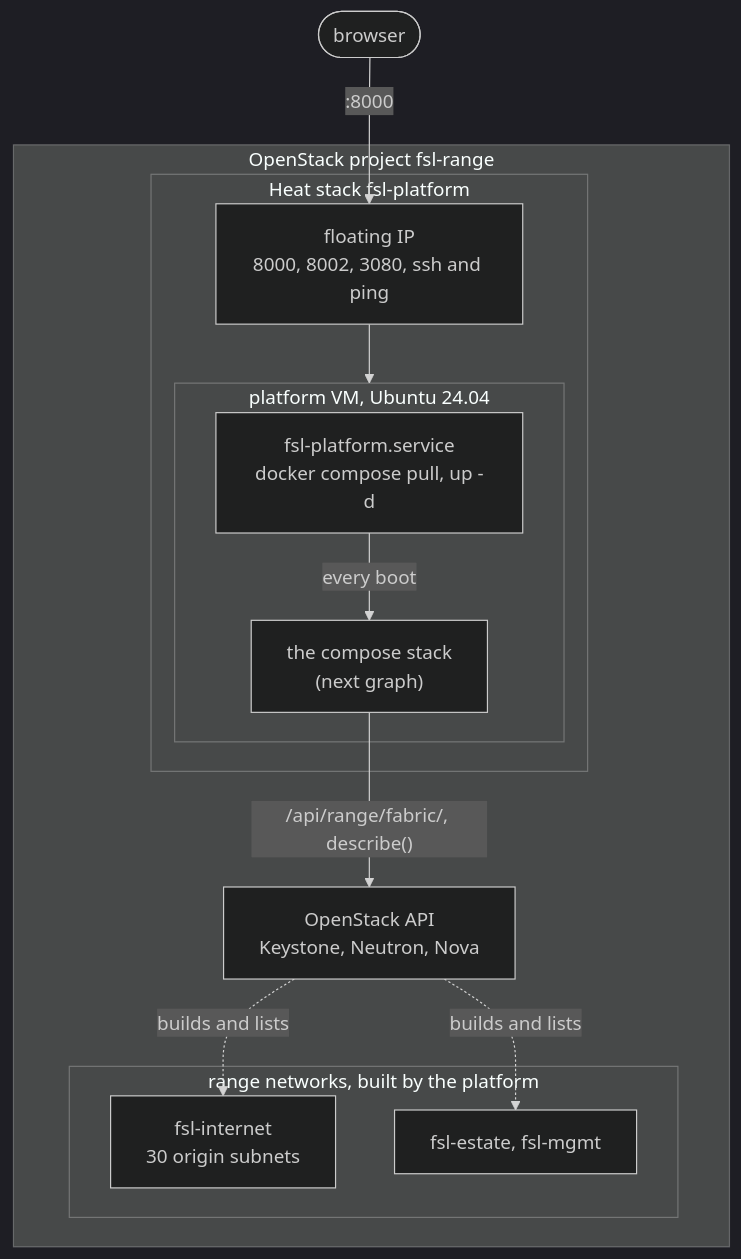
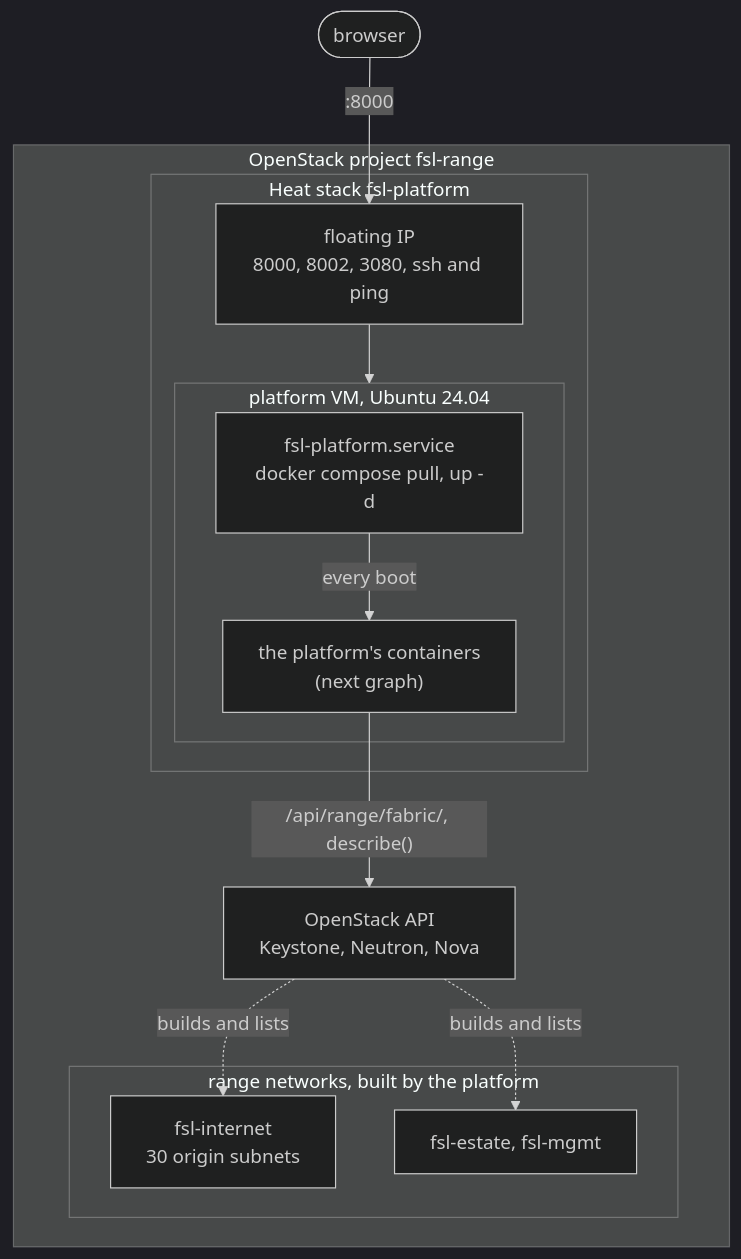
The first of 2 diagrams in README.md (Nekonic/fsl-project-mvp), drawn with Mermaid (dark theme) before and after one commit. The commit also changed other lines of this file and 4 other files, not shown here.

````diff
--- a/README.md
+++ b/README.md
@@ -29,26 +241,26 @@
 ```mermaid
 flowchart TB
   person(["browser"])
 
   subgraph cloud["OpenStack project fsl-range"]
     api["OpenStack API<br/>Keystone, Neutron, Nova"]
     subgraph heat["Heat stack fsl-platform"]
       fip["floating IP<br/>8000, 8002, 3080, ssh and ping"]
       subgraph vm["platform VM, Ubuntu 24.04"]
         unit["fsl-platform.service<br/>docker compose pull, up -d"]
-        stack["the compose stack<br/>(next graph)"]
+        stack["the platform's containers<br/>(next graph)"]
       end
     end
     subgraph fabric_box["range networks, built by the platform"]
       internet["fsl-internet<br/>30 origin subnets"]
       inside["fsl-estate, fsl-mgmt"]
     end
   end
 
   person -->|":8000"| fip
   fip --> vm
   unit -->|"every boot"| stack
   stack -->|"/api/range/fabric/, describe()"| api
   api -.->|builds and lists| internet
   api -.->|builds and lists| inside
 ```
````
